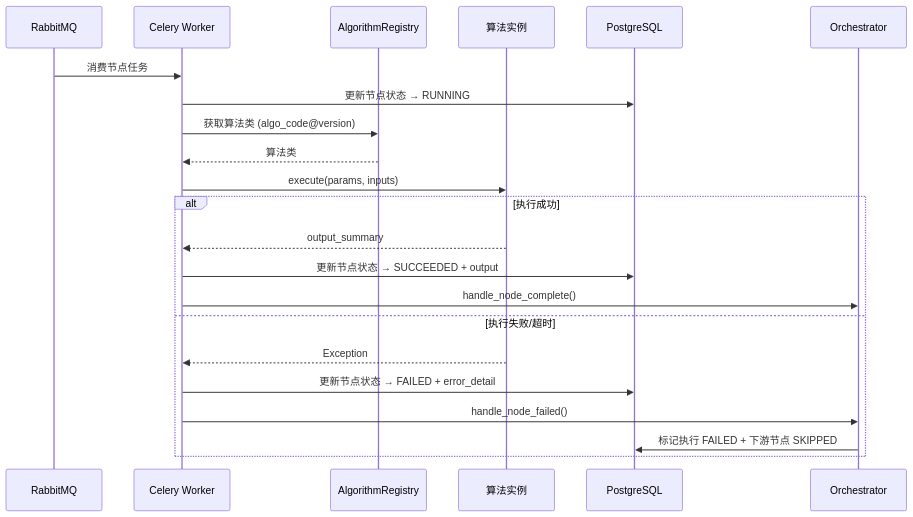
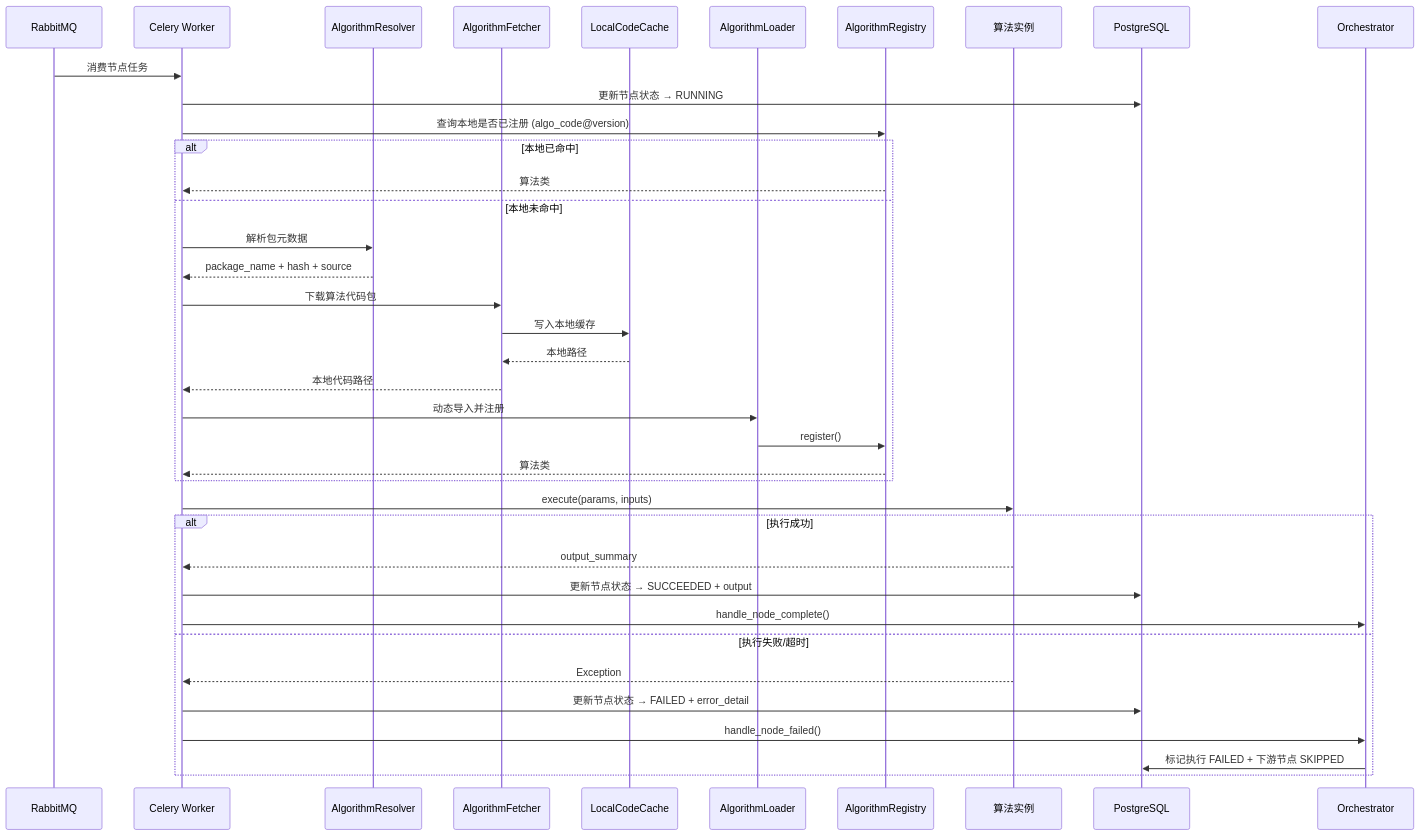
Before and after one commit to shengwenda76-bit/algorithm_repository: the seventh of 9 diagrams in docs/plans/2026-03-09-algorithm-platform-architecture-design.md, drawn with Mermaid. The commit also changed other lines of this file and 38 other files, not shown here.

````diff
--- a/docs/plans/2026-03-09-algorithm-platform-architecture-design.md
+++ b/docs/plans/2026-03-09-algorithm-platform-architecture-design.md
@@ -522,25 +595,41 @@
 ```mermaid
 sequenceDiagram
     participant MQ as RabbitMQ
     participant WK as Celery Worker
+    participant RES as AlgorithmResolver
+    participant FETCH as AlgorithmFetcher
+    participant CACHE as LocalCodeCache
+    participant LOAD as AlgorithmLoader
     participant REG as AlgorithmRegistry
     participant ALGO as 算法实例
     participant PG as PostgreSQL
     participant ORC as Orchestrator
 
     MQ->>WK: 消费节点任务
     WK->>PG: 更新节点状态 → RUNNING
-    WK->>REG: 获取算法类 (algo_code@version)
-    REG-->>WK: 算法类
+    WK->>REG: 查询本地是否已注册 (algo_code@version)
+    alt 本地已命中
+        REG-->>WK: 算法类
+    else 本地未命中
+        WK->>RES: 解析包元数据
+        RES-->>WK: package_name + hash + source
+        WK->>FETCH: 下载算法代码包
+        FETCH->>CACHE: 写入本地缓存
+        CACHE-->>FETCH: 本地路径
+        FETCH-->>WK: 本地代码路径
+        WK->>LOAD: 动态导入并注册
+        LOAD->>REG: register()
+        REG-->>WK: 算法类
+    end
     WK->>ALGO: execute(params, inputs)
     alt 执行成功
         ALGO-->>WK: output_summary
         WK->>PG: 更新节点状态 → SUCCEEDED + output
         WK->>ORC: handle_node_complete()
     else 执行失败/超时
         ALGO-->>WK: Exception
         WK->>PG: 更新节点状态 → FAILED + error_detail
         WK->>ORC: handle_node_failed()
         ORC->>PG: 标记执行 FAILED + 下游节点 SKIPPED
     end
 ```
````
